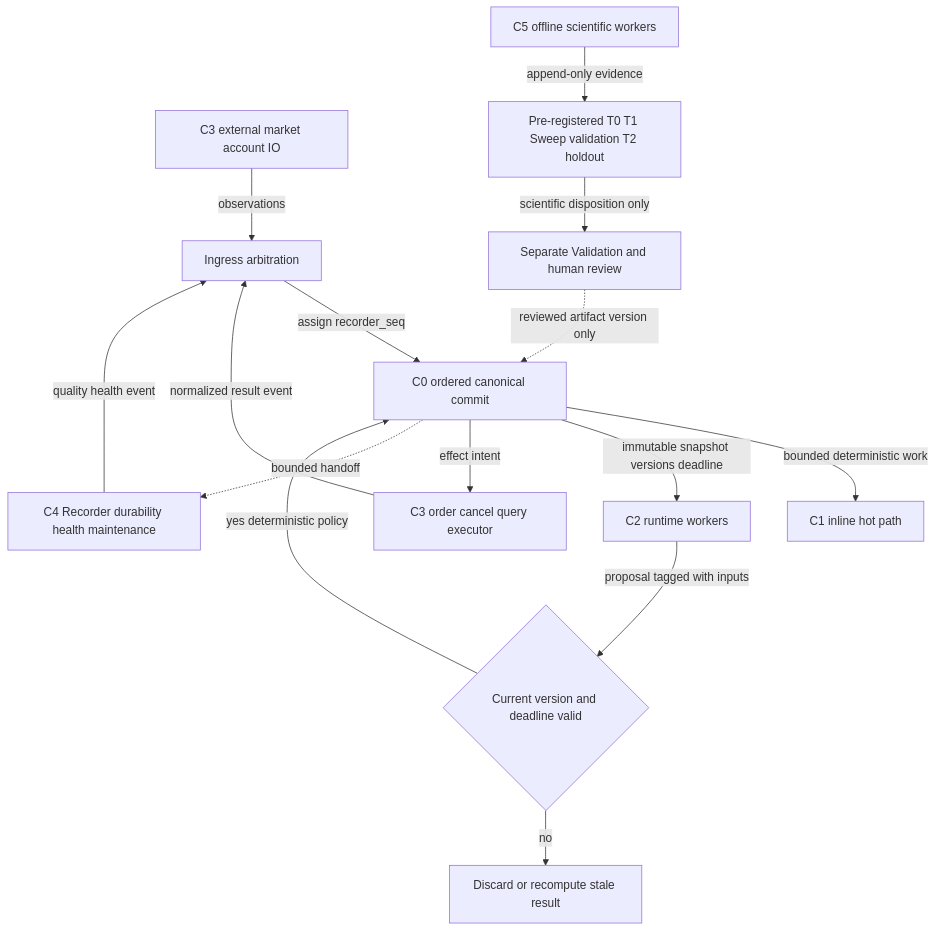
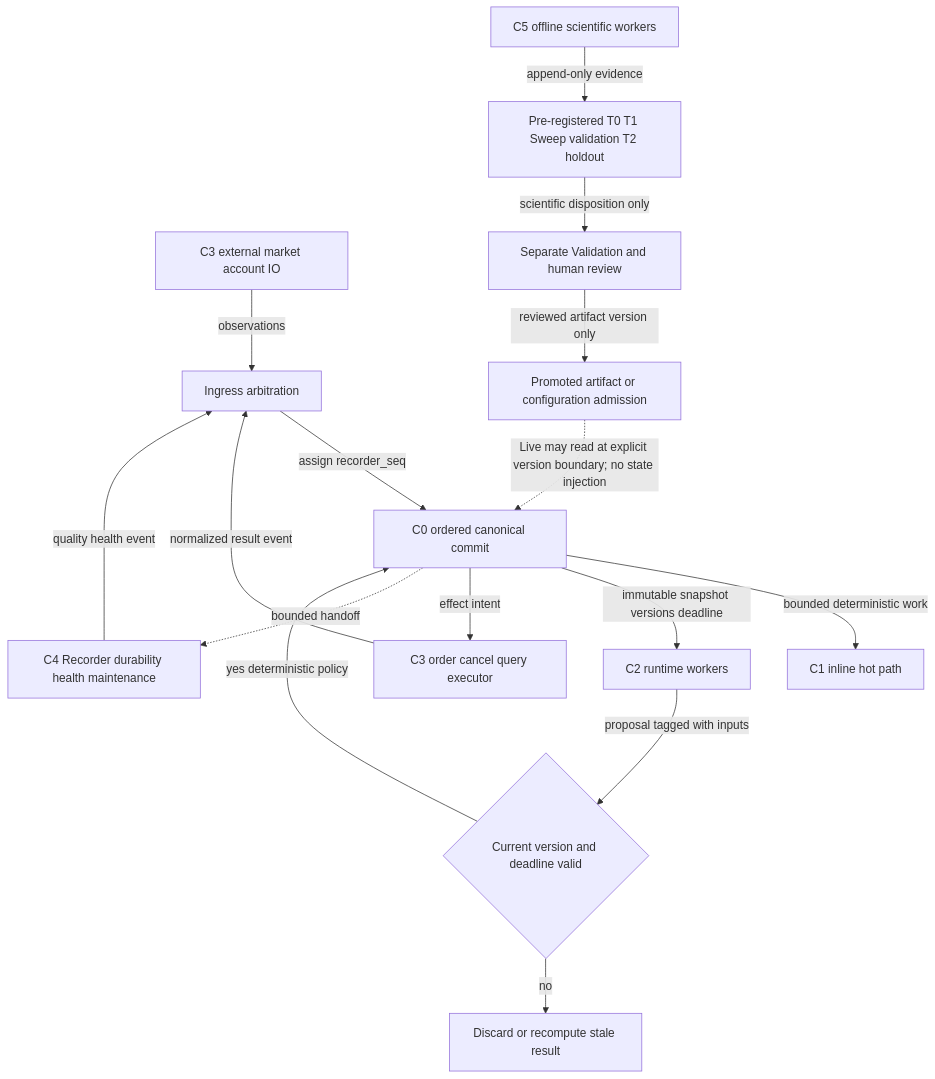
Before and after one commit to Insular2895/hyperliquid-arbitrage-bot: the third of 5 diagrams in docs_v2/_analysis/f2_final_integration/F2_ARCHITECTURE_DIAGRAM_ATLAS.md, drawn with Mermaid. The commit also changed other lines of this file and 7 other files, not shown here.

````diff
--- a/docs_v2/_analysis/f2_final_integration/F2_ARCHITECTURE_DIAGRAM_ATLAS.md
+++ b/docs_v2/_analysis/f2_final_integration/F2_ARCHITECTURE_DIAGRAM_ATLAS.md
@@ -126,18 +139,19 @@
 ```mermaid
 flowchart TB
     C3I["C3 external market account IO"] -->|observations| IA["Ingress arbitration"]
     IA -->|assign recorder_seq| C0["C0 ordered canonical commit"]
     C0 -->|bounded deterministic work| C1["C1 inline hot path"]
     C0 -->|immutable snapshot versions deadline| C2["C2 runtime workers"]
     C2 -->|proposal tagged with inputs| VR{"Current version and deadline valid"}
     VR -->|yes deterministic policy| C0
     VR -->|no| DROP["Discard or recompute stale result"]
     C0 -->|effect intent| C3O["C3 order cancel query executor"]
     C3O -->|normalized result event| IA
     C0 -.->|bounded handoff| C4["C4 Recorder durability health maintenance"]
     C4 -->|quality health event| IA
 
     C5["C5 offline scientific workers"] -->|append-only evidence| PR["Pre-registered T0 T1 Sweep validation T2 holdout"]
     PR -->|scientific disposition only| REV["Separate Validation and human review"]
-    REV -.->|reviewed artifact version only| C0
+    REV -->|reviewed artifact version only| PA["Promoted artifact or configuration admission"]
+    PA -.->|Live may read at explicit version boundary; no state injection| C0
 ```
````
